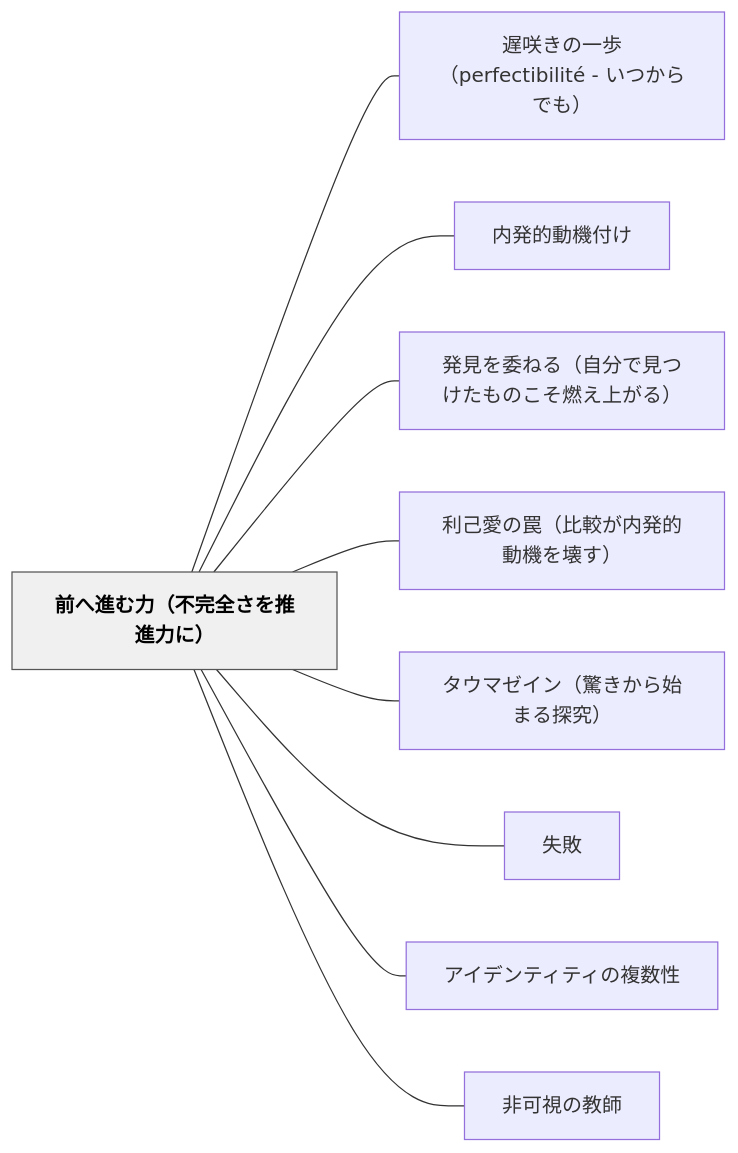
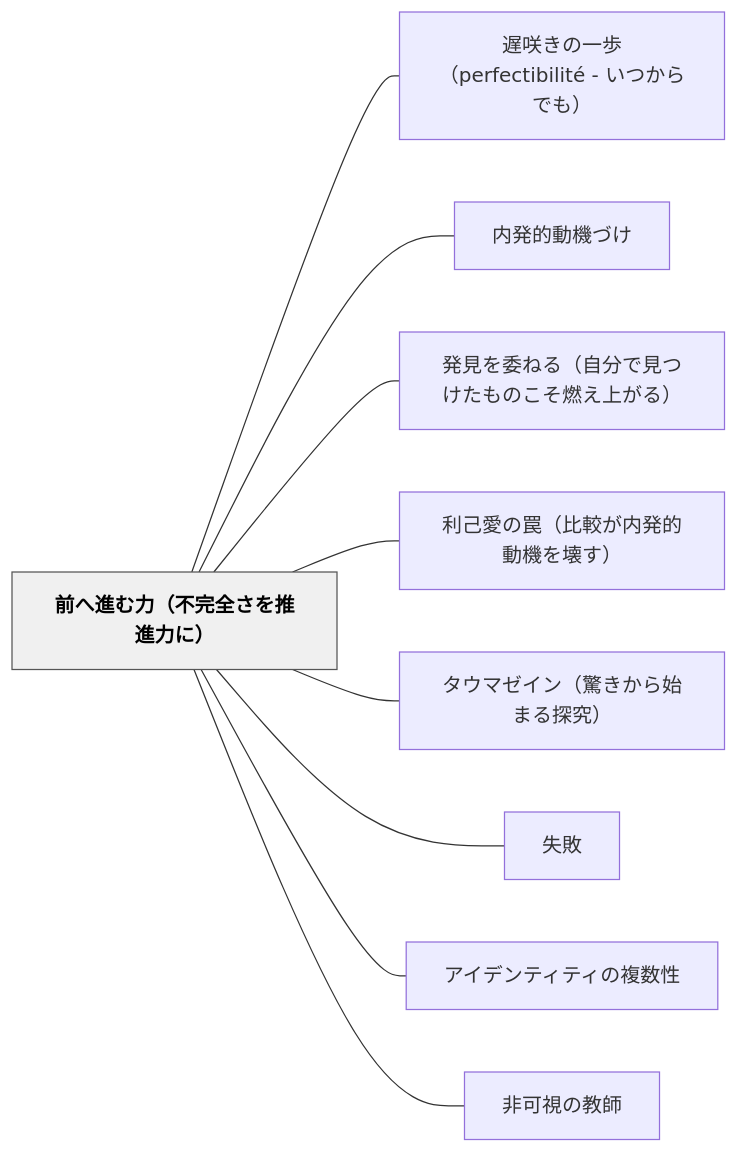
The diagram in content/パタン/前へ進む力（不完全さを推進力に）.md (unknownthings-ed-patterns/unknownthings-ed-patterns), drawn with Mermaid before and after one commit. The commit also changed other lines of this file and 234 other files, not shown here.

````diff
--- a/content/パタン/前へ進む力（不完全さを推進力に）.md
+++ b/content/パタン/前へ進む力（不完全さを推進力に）.md
@@ -149,24 +149,24 @@
 ```mermaid
 flowchart LR
     ne5898de381b8e980b2e38280e58a9befbc88e4b88de5ae8ce585a8e38195e38292e68ea8e980b2e58a9be381abefbc89["前へ進む力（不完全さを推進力に）"]
     ne98185e592b2e3818de381aee4b880e6ada9efbc88706572666563746962696c6974c3a9202d20e38184e381a4e3818be38289e381a7e38282efbc89["遅咲きの一歩（perfectibilité - いつからでも）"]
-    ne58685e799bae79a84e58b95e6a99fe4bb98e38191["内発的動機付け"]
+    ne58685e799bae79a84e58b95e6a99fe381a5e38191["内発的動機づけ"]
     ne799bae8a68be38292e5a794e381ade3828befbc88e887aae58886e381a7e8a68be381a4e38191e3819fe38282e381aee38193e3819de78783e38188e4b88ae3818ce3828befbc89["発見を委ねる（自分で見つけたものこそ燃え上がる）"]
     ne588a9e5b7b1e6849be381aee7bda0efbc88e6af94e8bc83e3818ce58685e799bae79a84e58b95e6a99fe38292e5a38ae38199efbc89["利己愛の罠（比較が内発的動機を壊す）"]
     ne382bfe382a6e3839ee382bce382a4e383b3efbc88e9a99ae3818de3818be38289e5a78be381bee3828be68ea2e7a9b6efbc89["タウマゼイン（驚きから始まる探究）"]
     ne5a4b1e69597["失敗"]
     ne382a2e382a4e38387e383b3e38386e382a3e38386e382a3e381aee8a487e695b0e680a7["アイデンティティの複数性"]
     ne99d9ee58fafe8a696e381aee69599e5b8ab["非可視の教師"]
 
     ne5898de381b8e980b2e38280e58a9befbc88e4b88de5ae8ce585a8e38195e38292e68ea8e980b2e58a9be381abefbc89 --- ne98185e592b2e3818de381aee4b880e6ada9efbc88706572666563746962696c6974c3a9202d20e38184e381a4e3818be38289e381a7e38282efbc89
-    ne5898de381b8e980b2e38280e58a9befbc88e4b88de5ae8ce585a8e38195e38292e68ea8e980b2e58a9be381abefbc89 --- ne58685e799bae79a84e58b95e6a99fe4bb98e38191
+    ne5898de381b8e980b2e38280e58a9befbc88e4b88de5ae8ce585a8e38195e38292e68ea8e980b2e58a9be381abefbc89 --- ne58685e799bae79a84e58b95e6a99fe381a5e38191
     ne5898de381b8e980b2e38280e58a9befbc88e4b88de5ae8ce585a8e38195e38292e68ea8e980b2e58a9be381abefbc89 --- ne799bae8a68be38292e5a794e381ade3828befbc88e887aae58886e381a7e8a68be381a4e38191e3819fe38282e381aee38193e3819de78783e38188e4b88ae3818ce3828befbc89
     ne5898de381b8e980b2e38280e58a9befbc88e4b88de5ae8ce585a8e38195e38292e68ea8e980b2e58a9be381abefbc89 --- ne588a9e5b7b1e6849be381aee7bda0efbc88e6af94e8bc83e3818ce58685e799bae79a84e58b95e6a99fe38292e5a38ae38199efbc89
     ne5898de381b8e980b2e38280e58a9befbc88e4b88de5ae8ce585a8e38195e38292e68ea8e980b2e58a9be381abefbc89 --- ne382bfe382a6e3839ee382bce382a4e383b3efbc88e9a99ae3818de3818be38289e5a78be381bee3828be68ea2e7a9b6efbc89
     ne5898de381b8e980b2e38280e58a9befbc88e4b88de5ae8ce585a8e38195e38292e68ea8e980b2e58a9be381abefbc89 --- ne5a4b1e69597
     ne5898de381b8e980b2e38280e58a9befbc88e4b88de5ae8ce585a8e38195e38292e68ea8e980b2e58a9be381abefbc89 --- ne382a2e382a4e38387e383b3e38386e382a3e38386e382a3e381aee8a487e695b0e680a7
     ne5898de381b8e980b2e38280e58a9befbc88e4b88de5ae8ce585a8e38195e38292e68ea8e980b2e58a9be381abefbc89 --- ne99d9ee58fafe8a696e381aee69599e5b8ab
 
     classDef hub fill:#f0f0f0,stroke:#555,color:#000,font-weight:bold
     class ne5898de381b8e980b2e38280e58a9befbc88e4b88de5ae8ce585a8e38195e38292e68ea8e980b2e58a9be381abefbc89 hub
 ```
````
